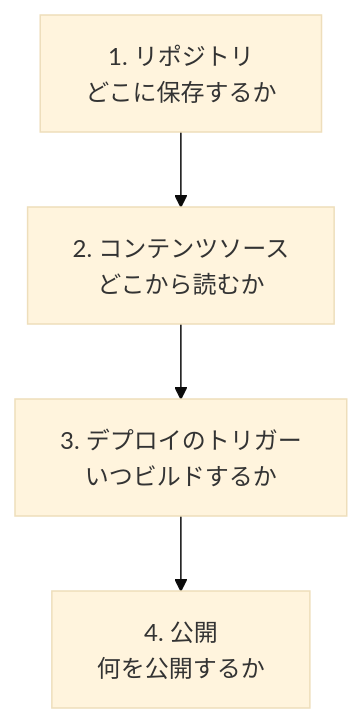
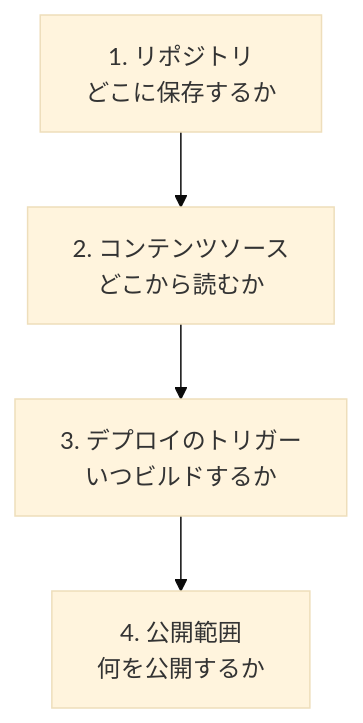
Before and after one commit to Rerurate514/riebeckite: the second of 2 diagrams in docs/docs/guides/deployment/separate-content-repository/troubleshooting.ja.md, drawn with Mermaid (base theme). The commit also changed other lines of this file and 133 other files, not shown here.

````diff
--- a/docs/docs/guides/deployment/separate-content-repository/troubleshooting.ja.md
+++ b/docs/docs/guides/deployment/separate-content-repository/troubleshooting.ja.md
@@ -71,11 +69,11 @@
 ```mermaid
 flowchart TD
     Storage["1. リポジトリ<br/>どこに保存するか"]
     Source["2. コンテンツソース<br/>どこから読むか"]
     Trigger["3. デプロイのトリガー<br/>いつビルドするか"]
-    Publication["4. 公開<br/>何を公開するか"]
+    Publication["4. 公開範囲<br/>何を公開するか"]
 
     Storage --> Source
     Source --> Trigger
     Trigger --> Publication
 ```
````
